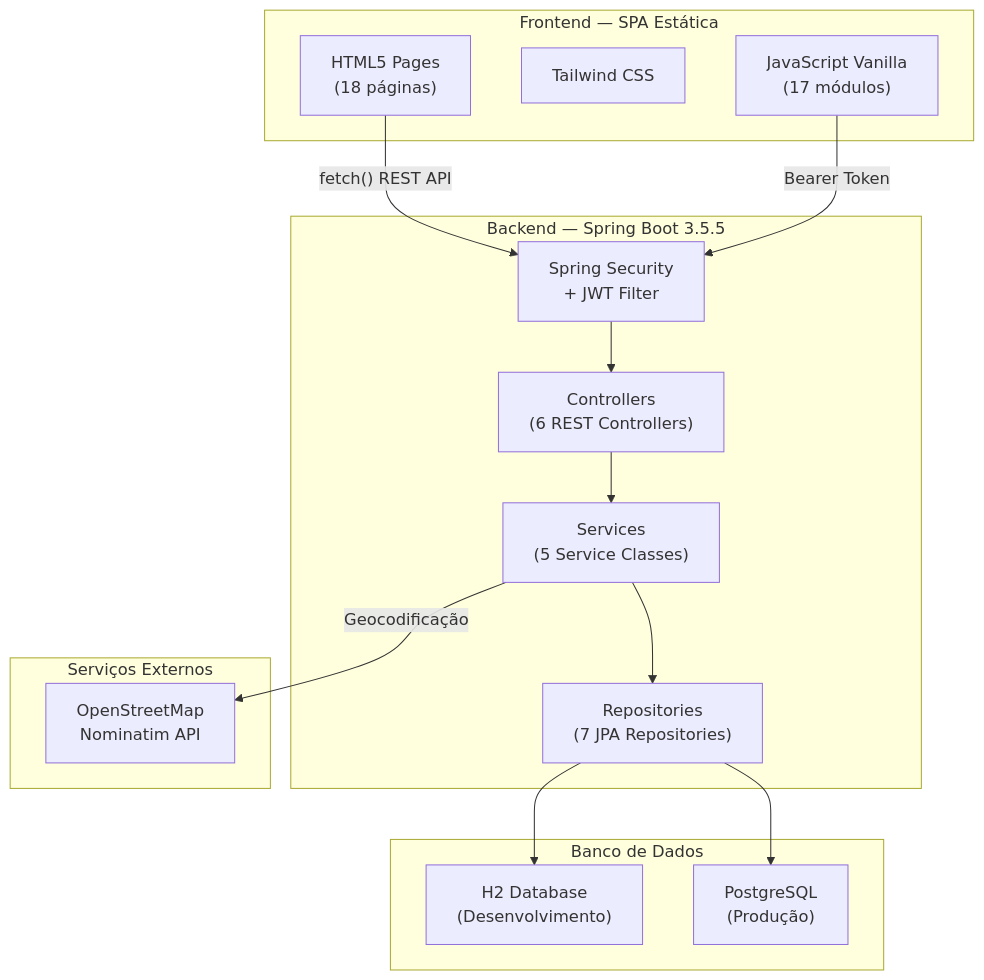
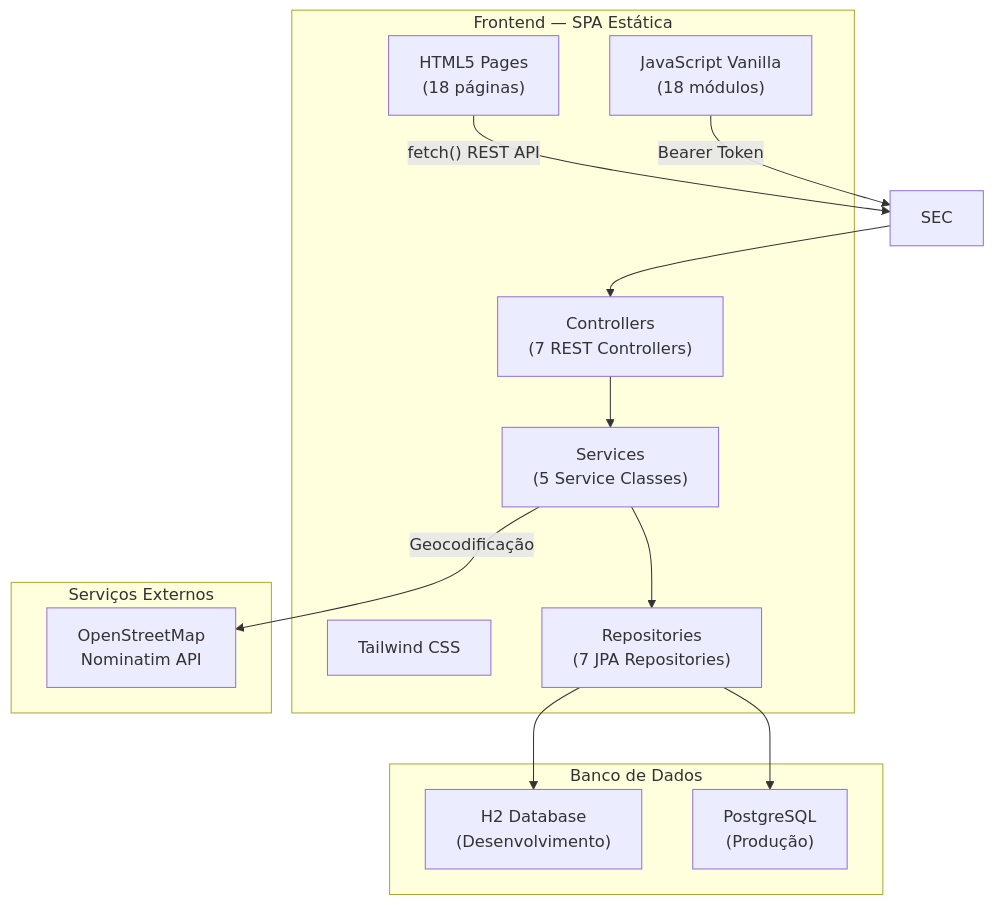
The first of 6 diagrams in README.md (mariacatmiau/Lab_Eng_Software), drawn with Mermaid before and after one commit. The commit also changed other lines of this file and 14 other files, not shown here.

````diff
--- a/README.md
+++ b/README.md
@@ -103,33 +103,29 @@
 ```mermaid
 graph TB
     subgraph "Frontend — SPA Estática"
         HTML["HTML5 Pages<br/>(18 páginas)"]
         CSS["Tailwind CSS"]
-        JS["JavaScript Vanilla<br/>(17 módulos)"]
-    end
-
-    subgraph "Backend — Spring Boot 3.5.5"
-        SEC["Spring Security<br/>+ JWT Filter"]
-        CTRL["Controllers<br/>(6 REST Controllers)"]
+        JS["JavaScript Vanilla<br/>(18 módulos)"]
+        CTRL["Controllers<br/>(7 REST Controllers)"]
         SVC["Services<br/>(5 Service Classes)"]
         REPO["Repositories<br/>(7 JPA Repositories)"]
     end
 
     subgraph "Serviços Externos"
         NOM["OpenStreetMap<br/>Nominatim API"]
     end
 
     subgraph "Banco de Dados"
         H2["H2 Database<br/>(Desenvolvimento)"]
         PG["PostgreSQL<br/>(Produção)"]
     end
 
     HTML --> |"fetch() REST API"| SEC
     JS --> |"Bearer Token"| SEC
     SEC --> CTRL
     CTRL --> SVC
     SVC --> REPO
     SVC --> |"Geocodificação"| NOM
     REPO --> H2
     REPO --> PG
 ```
````
